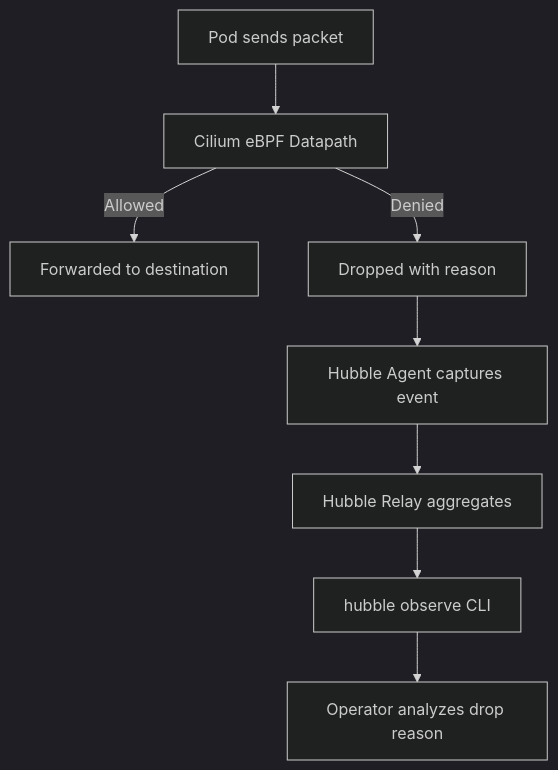
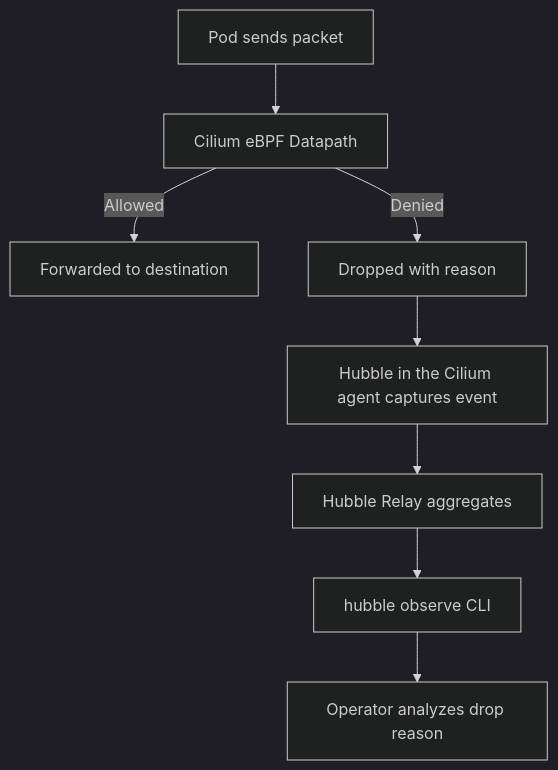
The diagram in posts/2026-03-13-use-hubble-find-dropped-traffic-cilium/README.md (OneUptime/blog), drawn with Mermaid (dark theme) before and after one commit. The commit also changed other lines of this file and 2 other files, not shown here.

Commit message:
validate: 2026-03-13-use-hubble-find-dropped-traffic-cilium

````diff
--- a/posts/2026-03-13-use-hubble-find-dropped-traffic-cilium/README.md
+++ b/posts/2026-03-13-use-hubble-find-dropped-traffic-cilium/README.md
@@ -43,10 +43,10 @@
 ```mermaid
 flowchart TD
     A[Pod sends packet] --> B[Cilium eBPF Datapath]
     B -->|Allowed| C[Forwarded to destination]
     B -->|Denied| D[Dropped with reason]
-    D --> E[Hubble Agent captures event]
+    D --> E[Hubble in the Cilium agent captures event]
     E --> F[Hubble Relay aggregates]
     F --> G[hubble observe CLI]
     G --> H[Operator analyzes drop reason]
 ```
````
